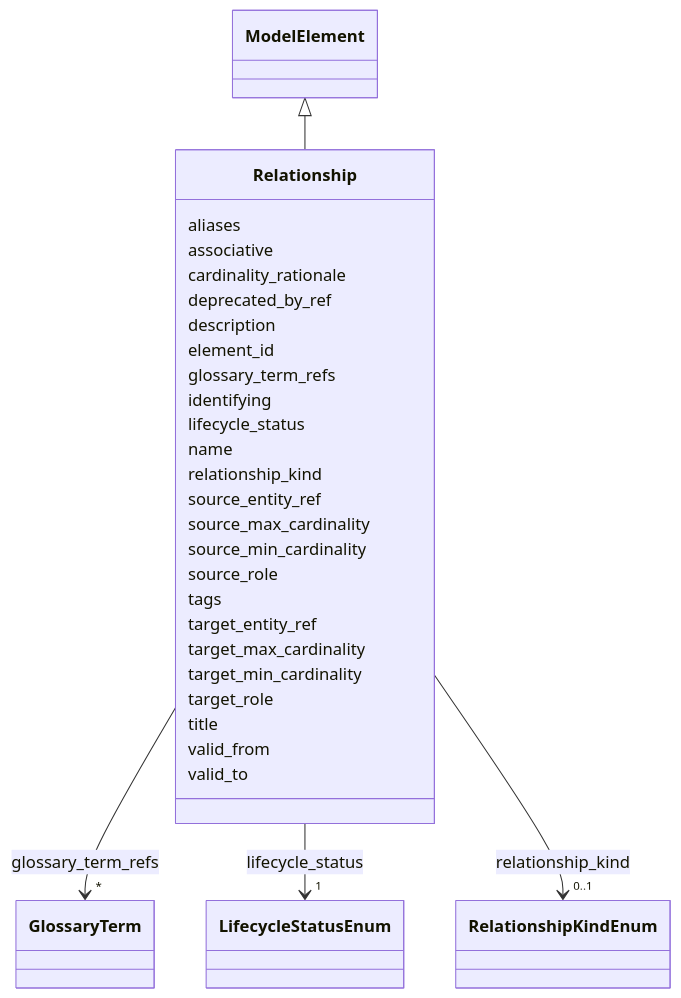
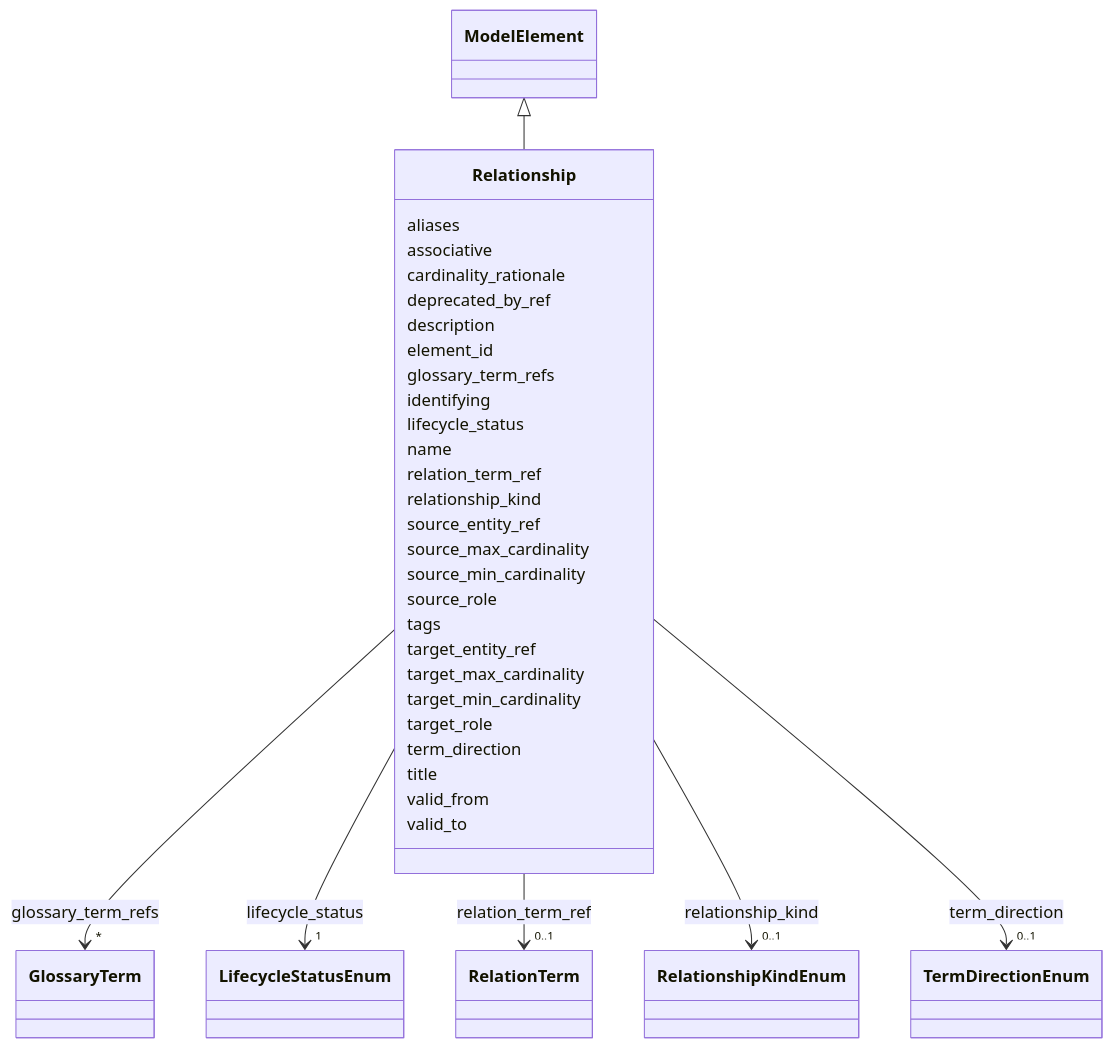
The diagram in generated/artifacts/moex-dams/0.1/diagrams/Relationship.md (oista/moex-data-model), drawn with Mermaid before and after one commit. The commit also changed 62 other files, not shown here.

```diff
--- a/generated/artifacts/moex-dams/0.1/diagrams/Relationship.md
+++ b/generated/artifacts/moex-dams/0.1/diagrams/Relationship.md
@@ -46,6 +46,17 @@
         
       Relationship : name
         
+      Relationship : relation_term_ref
+        
+          
+    
+        
+        
+        Relationship --> "0..1" RelationTerm : relation_term_ref
+        click RelationTerm href "../RelationTerm"
+    
+
+        
       Relationship : relationship_kind
         
           
@@ -75,6 +86,17 @@
         
       Relationship : target_role
         
+      Relationship : term_direction
+        
+          
+    
+        
+        
+        Relationship --> "0..1" TermDirectionEnum : term_direction
+        click TermDirectionEnum href "../TermDirectionEnum"
+    
+
+        
       Relationship : title
         
       Relationship : valid_from
```
